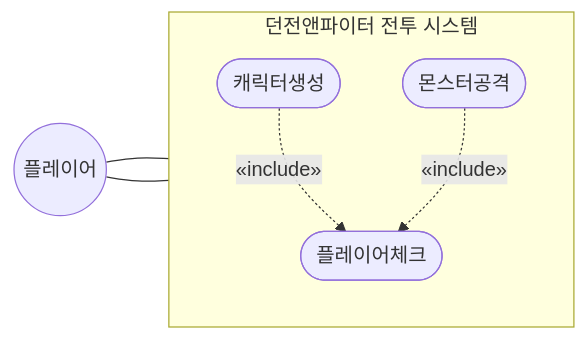
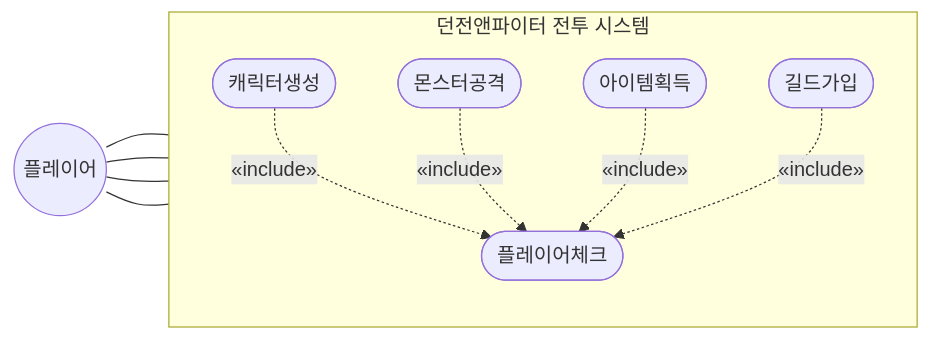
Before and after one commit to Hyuns2ung01/DnF_Battle2_B_05: the diagram in docs/UseCase Diagram.md, drawn with Mermaid.

Commit message:
feat: usecase 업데이트

````diff
--- a/docs/UseCase Diagram.md
+++ b/docs/UseCase Diagram.md
@@ -1,17 +1,23 @@
 ```mermaid
 graph LR
     Player(("플레이어"))
 
     subgraph System["던전앤파이터 전투 시스템"]
         direction TB
         UC1(["캐릭터생성"])
         UC2(["몬스터공격"])
         UC3(["플레이어체크"])
+        UC4(["아이템획득"])
+        UC5(["길드가입"])
 
         UC1 -. "«include»" .-> UC3
         UC2 -. "«include»" .-> UC3
+        UC4 -. "«include»" .-> UC3
+        UC5 -. "«include»" .-> UC3
     end
 
     Player --- UC1
     Player --- UC2
+    Player --- UC4
+    Player --- UC5
 ```
````
